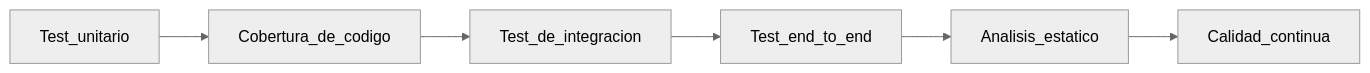
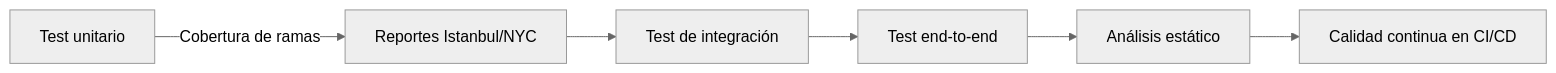
The fourth of 4 diagrams in parte2-tecnicas-clave/04-testing-estructural-y-cobertura.md (joshuacba08/qa-engineering-book), drawn with Mermaid (neutral theme) before and after one commit. The commit also changed other lines of this file, not shown here.

````diff
--- a/parte2-tecnicas-clave/04-testing-estructural-y-cobertura.md
+++ b/parte2-tecnicas-clave/04-testing-estructural-y-cobertura.md
@@ -202,8 +392,8 @@
 ```mermaid
 graph LR
-    A[Test_unitario] --> B[Cobertura_de_codigo]
-    B --> C[Test_de_integracion]
-    C --> D[Test_end_to_end]
-    D --> E[Analisis_estatico]
-    E --> F[Calidad_continua]
+    A[Test unitario] -->|Cobertura de ramas| B[Reportes Istanbul/NYC]
+    B --> C[Test de integración]
+    C --> D[Test end-to-end]
+    D --> E[Análisis estático]
+    E --> F[Calidad continua en CI/CD]
 ```
````
